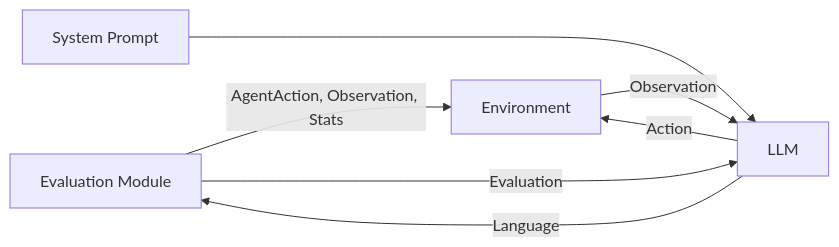
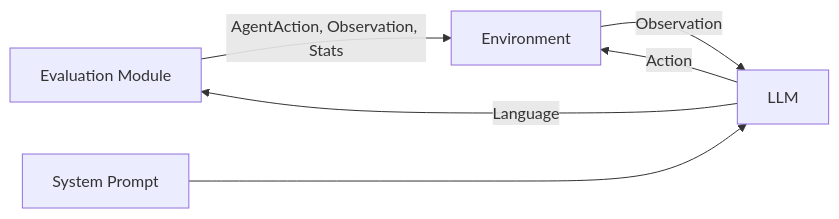
One commit to akvachan/SR-LLM changed the diagram in README.md. Above: the diagram before and after it, drawn with Mermaid.

````diff
--- a/README.md
+++ b/README.md
@@ -4,9 +4,8 @@
 ```mermaid
 graph LR
     A[Evaluation Module] -- AgentAction, Observation, Stats --> B[Environment]
     B -- Observation --> C[LLM]
     C -- Action --> B
     D[System Prompt] ---> C
-    A -- Evaluation --> C
     C -- Language --> A
 ```
````
